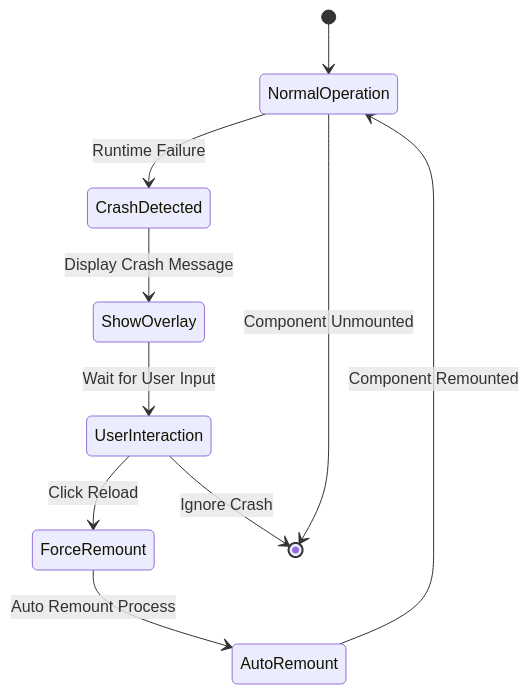
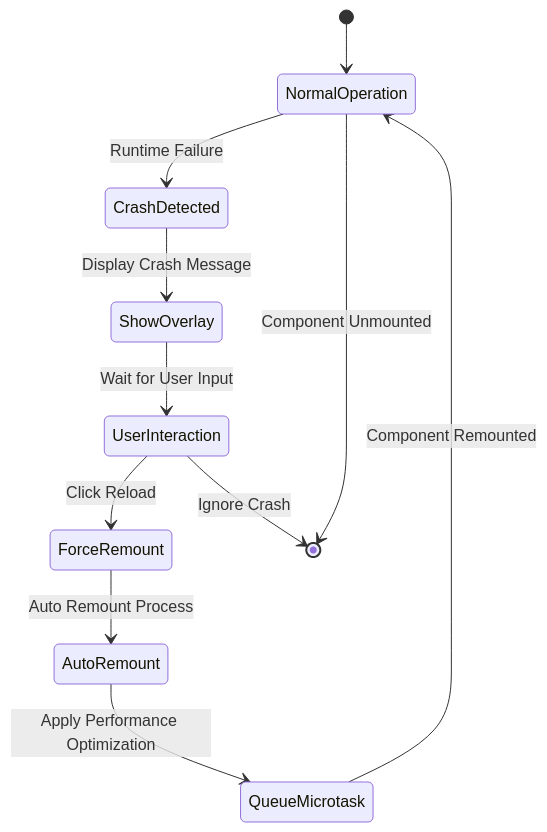
One commit to shekhargiri005-dotcom/AI-powered-accessibility-first-UI-engine changed the fifth of 11 diagrams in .qoder/repowiki/en/content/Sandbox Runtime Crash Handling.md. Above: the diagram before and after it, drawn with Mermaid. The commit also changed other lines of this file and 5 other files, not shown here.

````diff
--- a/.qoder/repowiki/en/content/Sandbox Runtime Crash Handling.md
+++ b/.qoder/repowiki/en/content/Sandbox Runtime Crash Handling.md
@@ -227,12 +238,13 @@
 ```mermaid
 stateDiagram-v2
 [*] --> NormalOperation
 NormalOperation --> CrashDetected : Runtime Failure
 CrashDetected --> ShowOverlay : Display Crash Message
 ShowOverlay --> UserInteraction : Wait for User Input
 UserInteraction --> ForceRemount : Click Reload
 ForceRemount --> AutoRemount : Auto Remount Process
-AutoRemount --> NormalOperation : Component Remounted
+AutoRemount --> QueueMicrotask : Apply Performance Optimization
+QueueMicrotask --> NormalOperation : Component Remounted
 UserInteraction --> [*] : Ignore Crash
 NormalOperation --> [*] : Component Unmounted
 ```
````
